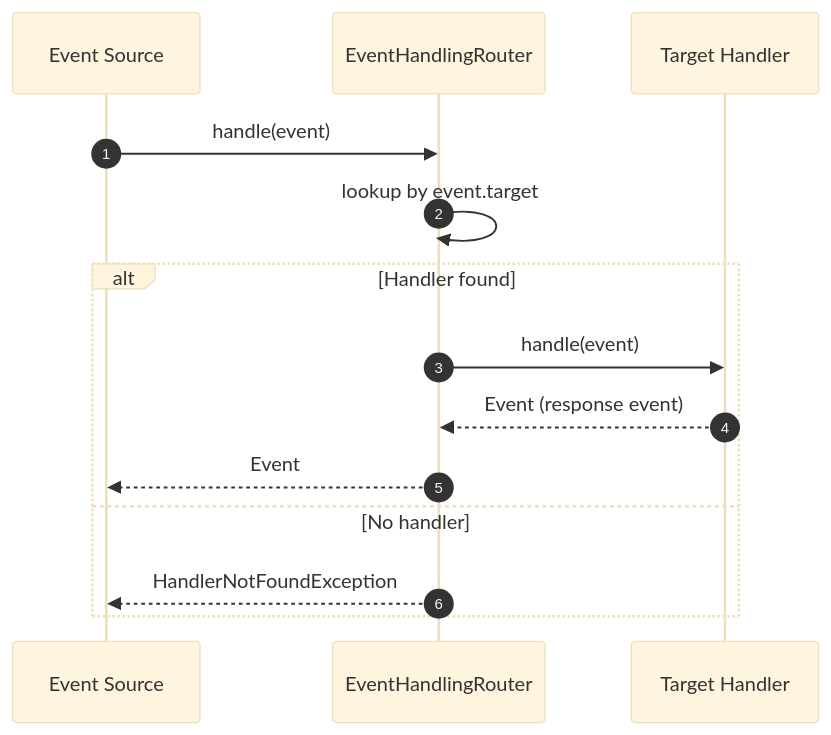
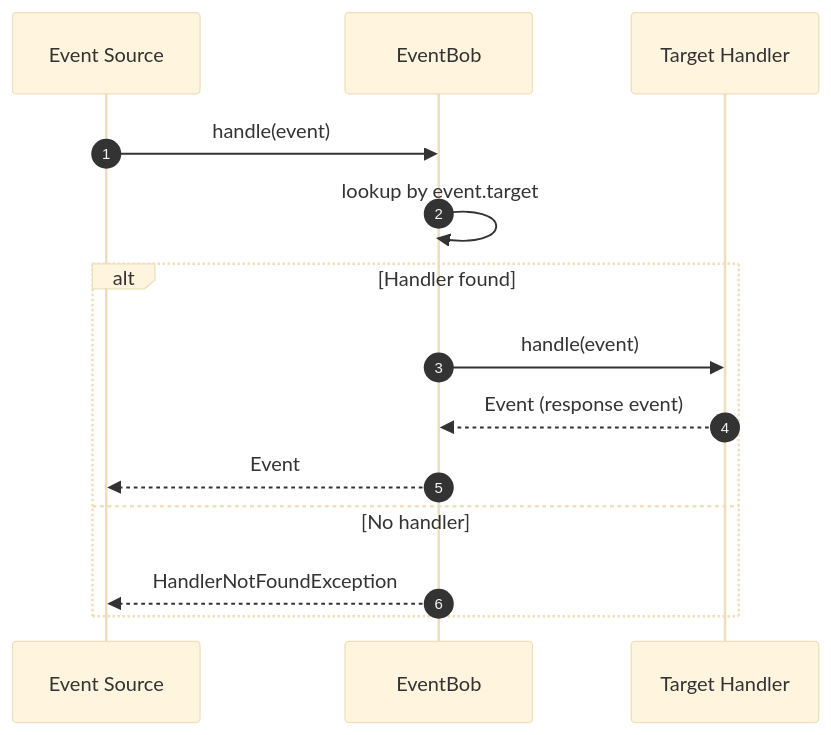
Before and after one commit to dinoo333/EventBob: the diagram in diagrams/eventHandlingUseCases/BasicEventHandlingSequence.mermaid, drawn with Mermaid (base theme). The commit also changed 39 other files, not shown here.

```diff
--- a/diagrams/eventHandlingUseCases/BasicEventHandlingSequence.mermaid
+++ b/diagrams/eventHandlingUseCases/BasicEventHandlingSequence.mermaid
@@ -1,15 +1,15 @@
 sequenceDiagram
     autonumber
     participant S as Event Source
-    participant R as EventHandlingRouter
+    participant R as EventBob
     participant H as Target Handler
 
     S->>R: handle(event)
     R->>R: lookup by event.target
     alt Handler found
         R->>H: handle(event)
         H-->>R: Event (response event)
         R-->>S: Event
     else No handler
         R-->>S: HandlerNotFoundException
     end
```
